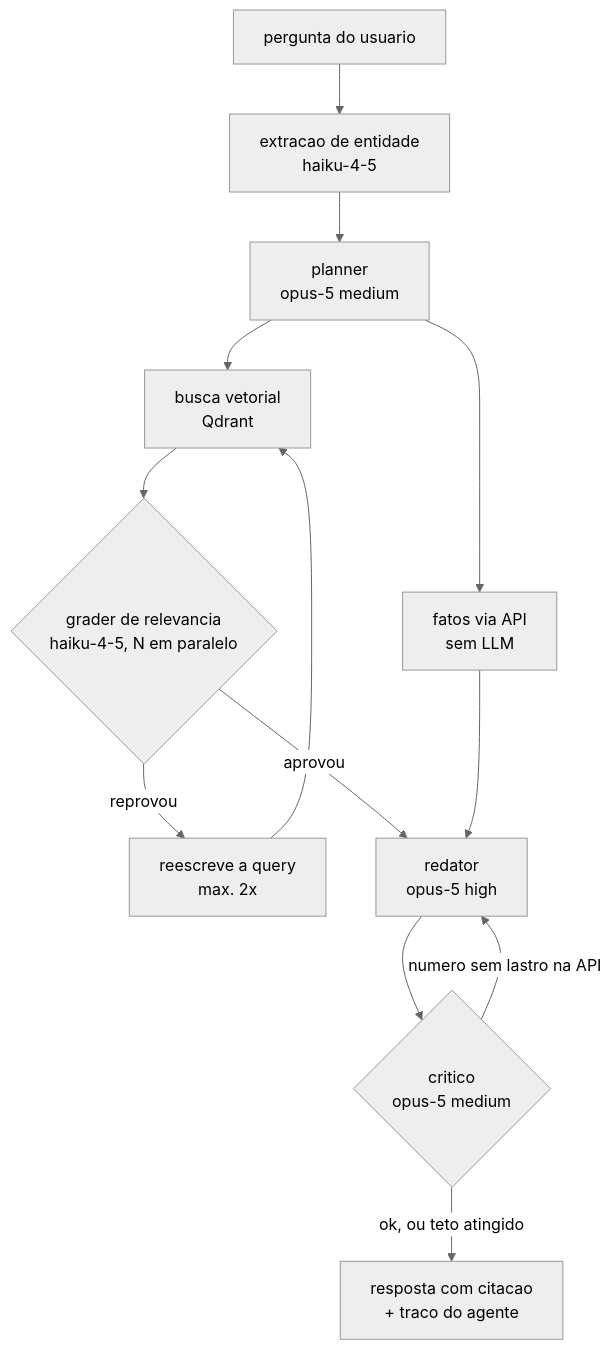
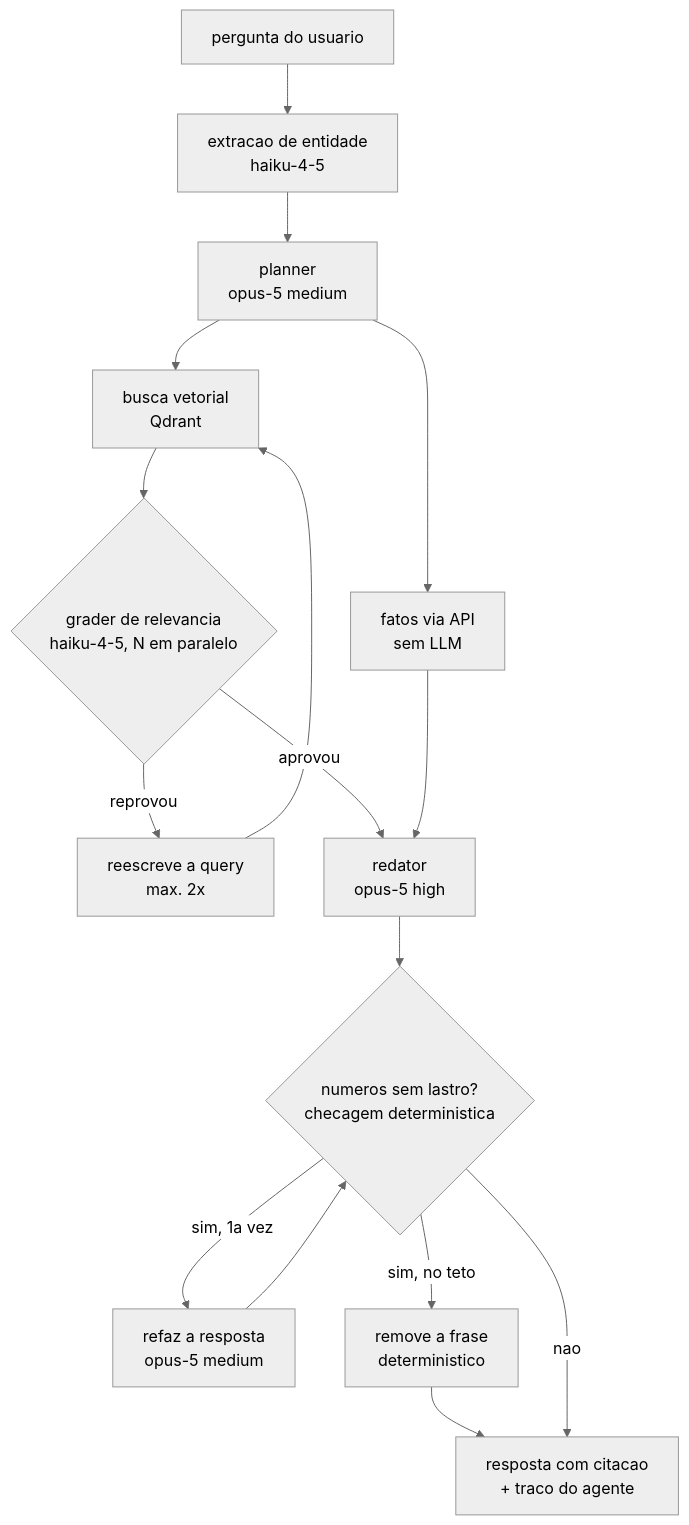
The diagram in docs/architecture.md (guiialmeiida/camisa10), drawn with Mermaid (neutral theme) before and after one commit. The commit also changed other lines of this file and 3 other files, not shown here.

````diff
--- a/docs/architecture.md
+++ b/docs/architecture.md
@@ -16,14 +16,15 @@
 ```mermaid
 flowchart TD
   P[pergunta do usuario] --> E[extracao de entidade<br/>haiku-4-5]
   E --> PL[planner<br/>opus-5 medium]
   PL --> API[fatos via API<br/>sem LLM]
   PL --> VEC[busca vetorial<br/>Qdrant]
   VEC --> G{grader de relevancia<br/>haiku-4-5, N em paralelo}
   G -->|reprovou| RW[reescreve a query<br/>max. 2x] --> VEC
   G -->|aprovou| RED[redator<br/>opus-5 high]
   API --> RED
-  RED --> CR{critico<br/>opus-5 medium}
-  CR -->|numero sem lastro na API| RED
-  CR -->|ok, ou teto atingido| OUT[resposta com citacao<br/>+ traco do agente]
+  RED --> CHK{numeros sem lastro?<br/>checagem deterministica}
+  CHK -->|sim, 1a vez| CR[refaz a resposta<br/>opus-5 medium] --> CHK
+  CHK -->|sim, no teto| RDC[remove a frase<br/>deterministico] --> OUT
+  CHK -->|nao| OUT[resposta com citacao<br/>+ traco do agente]
 ```
````
